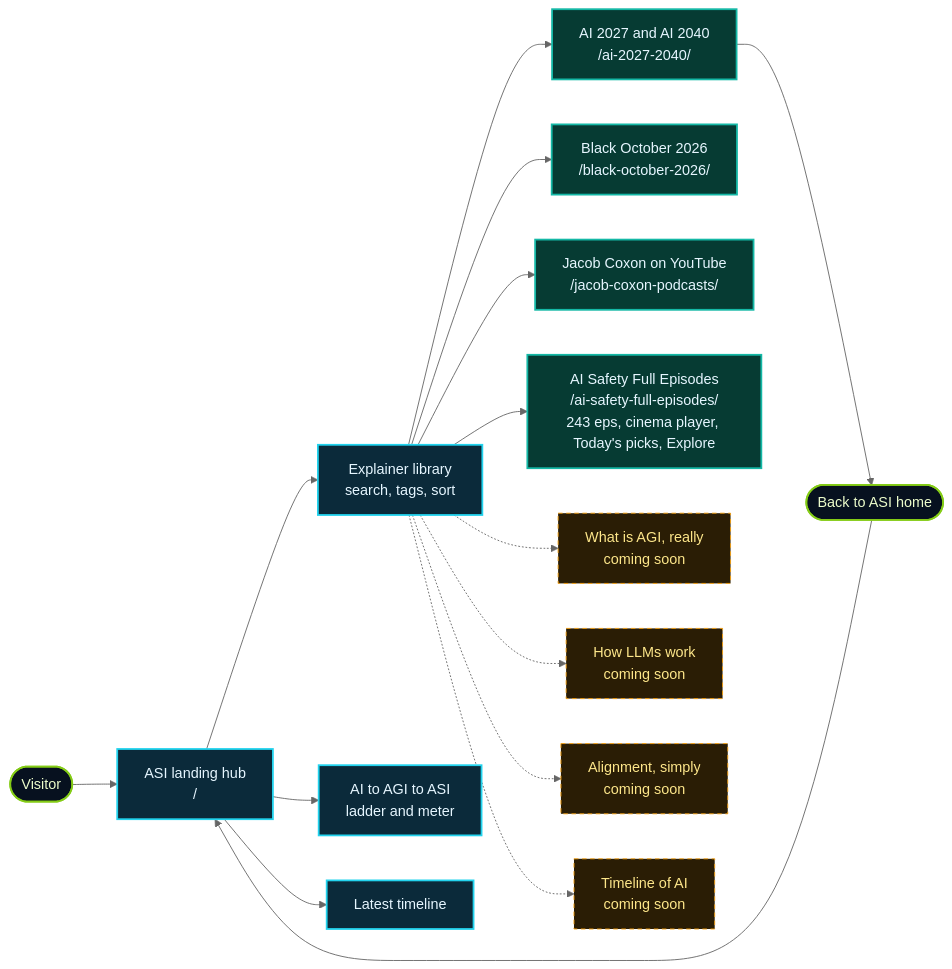
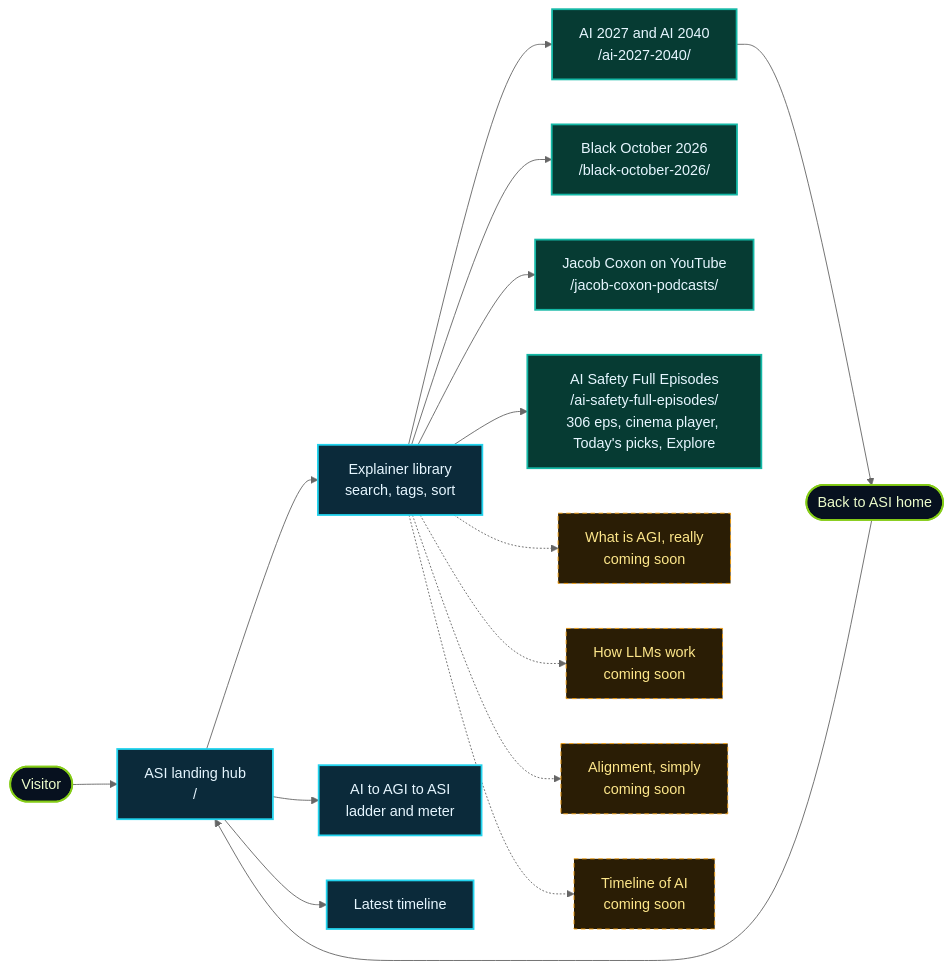
Before and after one commit to lo3elyon/ASI: the first of 12 diagrams in README.md, drawn with Mermaid (neutral theme). The commit also changed other lines of this file, not shown here.

Commit message:
ASI hub: update README.md for the AI Safety Full Episodes library expansion (306 episodes)

````diff
--- a/README.md
+++ b/README.md
@@ -70,25 +70,25 @@
 ```mermaid
 flowchart LR
     V(["Visitor"]) --> H["ASI landing hub<br/>/"]
     H --> L["Explainer library<br/>search, tags, sort"]
     H --> G["AI to AGI to ASI<br/>ladder and meter"]
     H --> T["Latest timeline"]
     L --> E1["AI 2027 and AI 2040<br/>/ai-2027-2040/"]
     L --> E6["Black October 2026<br/>/black-october-2026/"]
     L --> E7["Jacob Coxon on YouTube<br/>/jacob-coxon-podcasts/"]
-    L --> E8["AI Safety Full Episodes<br/>/ai-safety-full-episodes/<br/>243 eps, cinema player, Today's picks, Explore"]
+    L --> E8["AI Safety Full Episodes<br/>/ai-safety-full-episodes/<br/>306 eps, cinema player, Today's picks, Explore"]
     L -.-> E2["What is AGI, really<br/>coming soon"]
     L -.-> E3["How LLMs work<br/>coming soon"]
     L -.-> E4["Alignment, simply<br/>coming soon"]
     L -.-> E5["Timeline of AI<br/>coming soon"]
     E1 --> B(["Back to ASI home"])
     B --> H
     classDef hub fill:#0b2a3a,stroke:#22d3ee,stroke-width:2px,color:#e6f6ff
     classDef live fill:#063b33,stroke:#14b8a6,stroke-width:2px,color:#e6f6ff
     classDef soon fill:#2a1d05,stroke:#f59e0b,stroke-dasharray:5 4,color:#fde68a
     classDef user fill:#07111f,stroke:#84cc16,stroke-width:2px,color:#ecfccb
     class H,L,G,T hub
     class E1,E6,E7,E8 live
     class E2,E3,E4,E5 soon
     class V,B user
 ```
````
